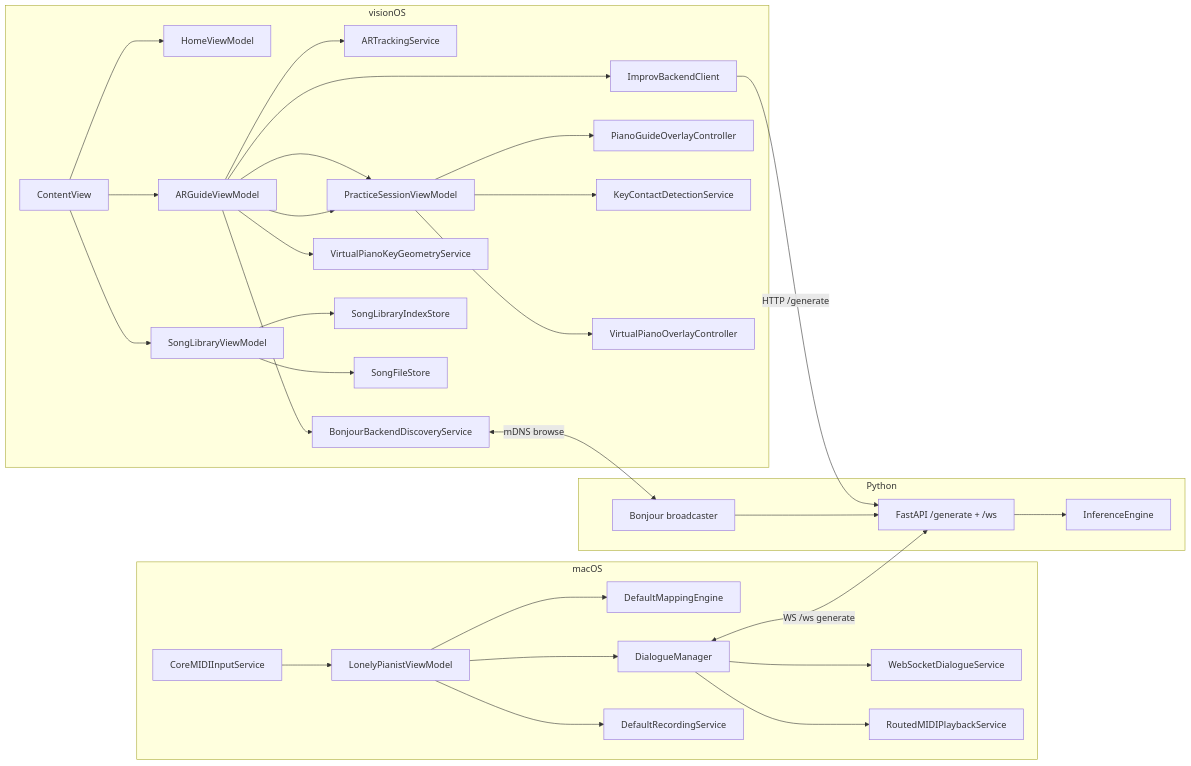
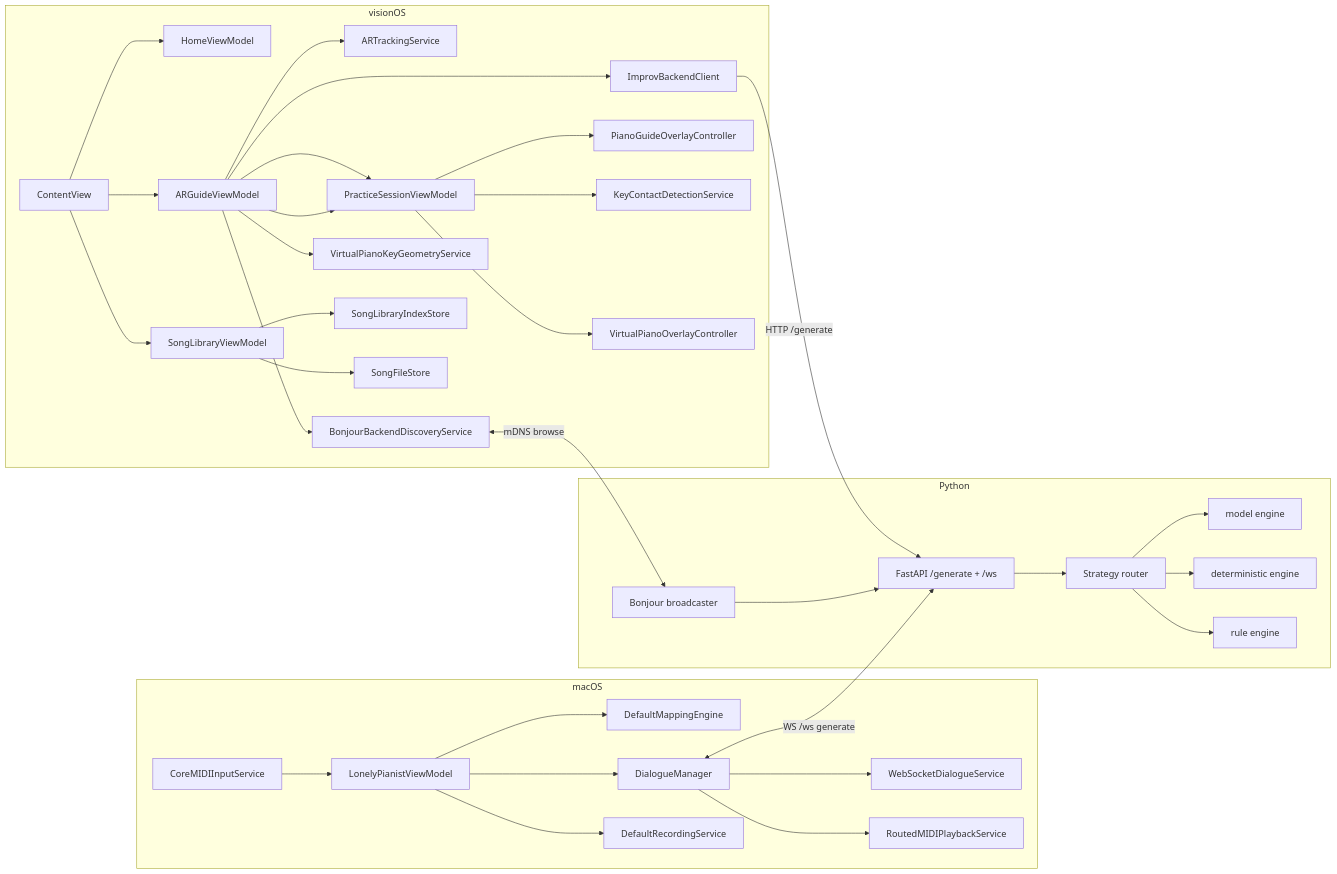
One commit to chiimagnus/HappyPianist changed the diagram in .github/deepwiki/architecture.md. Above: the diagram before and after it, drawn with Mermaid. The commit also changed other lines of this file and 10 other files, not shown here.

````diff
--- a/.github/deepwiki/architecture.md
+++ b/.github/deepwiki/architecture.md
@@ -36,37 +36,40 @@
 ```mermaid
 flowchart LR
   subgraph macOS
     A[CoreMIDIInputService] --> B[LonelyPianistViewModel]
     B --> C[DefaultMappingEngine]
     B --> D[DialogueManager]
     B --> E[DefaultRecordingService]
     D --> F[WebSocketDialogueService]
     D --> G[RoutedMIDIPlaybackService]
   end
 
   subgraph visionOS
     H[ContentView] --> I[HomeViewModel]
     H --> J[SongLibraryViewModel]
     H --> K[ARGuideViewModel]
     K --> L[ARTrackingService]
     K --> M[PracticeSessionViewModel]
     K --> BD[BonjourBackendDiscoveryService]
     K --> IC[ImprovBackendClient]
     M --> N[PianoGuideOverlayController]
     M --> W[KeyContactDetectionService]
     M --> X[VirtualPianoOverlayController]
     K --> Y[VirtualPianoKeyGeometryService]
     J --> O[SongLibraryIndexStore]
     J --> P[SongFileStore]
   end
 
   subgraph Python
     QB[Bonjour broadcaster] --> Q[FastAPI /generate + /ws]
-    Q --> R[InferenceEngine]
+    Q --> R[Strategy router]
+    R --> E1[model engine]
+    R --> E2[deterministic engine]
+    R --> E3[rule engine]
   end
 
   D <-->|WS /ws generate| Q
   BD <-->|mDNS browse| QB
   IC -->|HTTP /generate| Q
   K --> M
 ```
````
